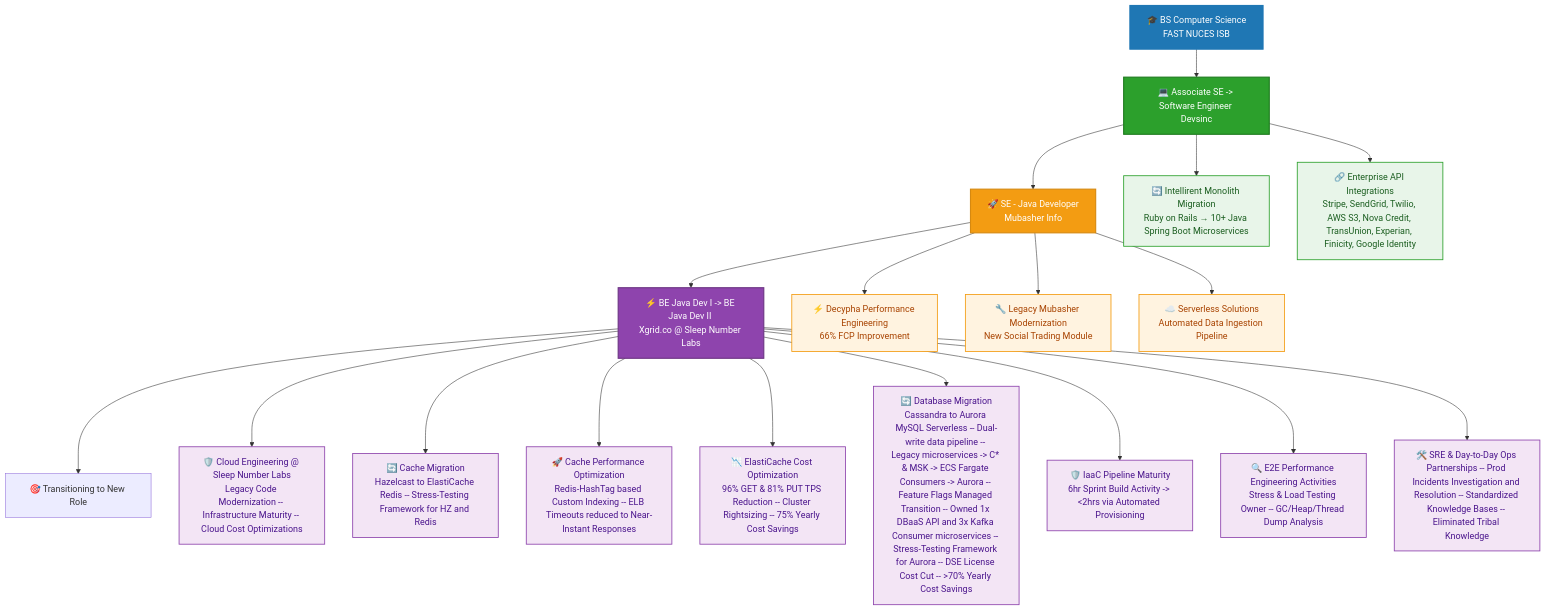
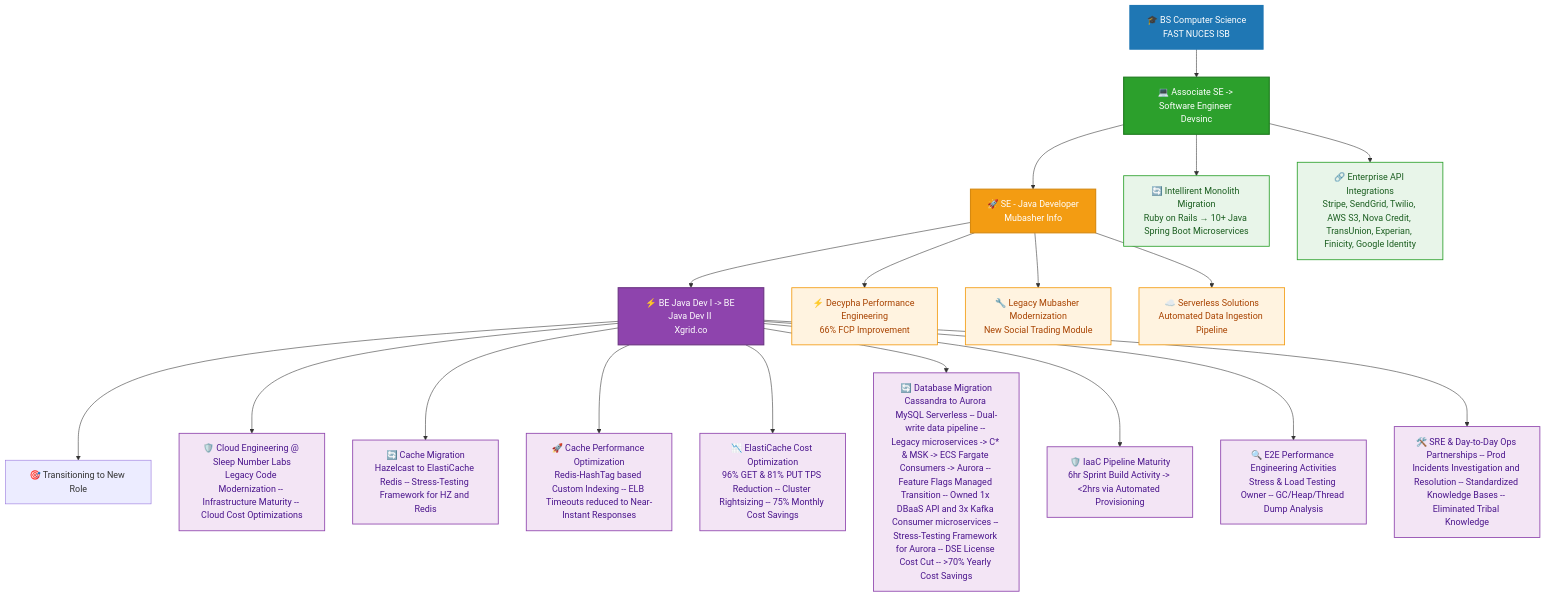
Before and after one commit to khawaja-abdullah/khawaja-abdullah: the diagram in README.md, drawn with Mermaid.

Commit message:
minor updates

````diff
--- a/README.md
+++ b/README.md
@@ -152,52 +152,52 @@
 ```mermaid
 flowchart TD
     A[🎓 BS Computer Science<br/>FAST NUCES ISB] --> B[💻 Associate SE -> Software Engineer <br/>Devsinc]
     B --> C[🚀 SE - Java Developer <br/>Mubasher Info]
-    C --> D[⚡ BE Java Dev I -> BE Java Dev II <br/>Xgrid.co @ Sleep Number Labs]
+    C --> D[⚡ BE Java Dev I -> BE Java Dev II <br/>Xgrid.co]
     D --> E[🎯 Transitioning to New Role]
     
     %% DEVSINC / INTELLIRENT
     B --> B1[🔄 Intellirent Monolith Migration<br/>Ruby on Rails → 10+ Java Spring Boot Microservices]
     B --> B2[🔗 Enterprise API Integrations<br/>Stripe, SendGrid, Twilio, AWS S3, Nova Credit, TransUnion, Experian, Finicity, Google Identity]
     
     %% MUBASHER
     C --> C1[⚡ Decypha Performance Engineering<br/>66% FCP Improvement]
     C --> C2[🔧 Legacy Mubasher Modernization<br/>New Social Trading Module]
     C --> C3[☁️ Serverless Solutions<br/>Automated Data Ingestion Pipeline]
     
     %% XGRID / SLEEP NUMBER
     D --> D1[🛡️ Cloud Engineering @ Sleep Number Labs<br/>Legacy Code Modernization -- Infrastructure Maturity -- Cloud Cost Optimizations]
     D --> D2[🔄 Cache Migration<br/>Hazelcast to ElastiCache Redis -- Stress-Testing Framework for HZ and Redis]
     D --> D3[🚀 Cache Performance Optimization<br/>Redis-HashTag based Custom Indexing -- ELB Timeouts reduced to Near-Instant Responses]
-    D --> D4[📉 ElastiCache Cost Optimization<br/>96% GET & 81% PUT TPS Reduction -- Cluster Rightsizing -- 75% Yearly Cost Savings]
+    D --> D4[📉 ElastiCache Cost Optimization<br/>96% GET & 81% PUT TPS Reduction -- Cluster Rightsizing -- 75% Monthly Cost Savings]
     D --> D5[🔄 Database Migration<br/>Cassandra to Aurora MySQL Serverless -- Dual-write data pipeline -- Legacy microservices -> C* & MSK -> ECS Fargate Consumers -> Aurora -- Feature Flags Managed Transition -- Owned 1x DBaaS API and 3x Kafka Consumer microservices -- Stress-Testing Framework for Aurora -- DSE License Cost Cut -- >70% Yearly Cost Savings]
     D --> D6[🛡️ IaaC Pipeline Maturity<br/>6hr Sprint Build Activity -> <2hrs via Automated Provisioning]
     D --> D7[🔍 E2E Performance Engineering Activities<br/>Stress & Load Testing Owner -- GC/Heap/Thread Dump Analysis]
     D --> D8[🛠️ SRE & Day-to-Day Ops Partnerships -- Prod Incidents Investigation and Resolution -- Standardized Knowledge Bases -- Eliminated Tribal Knowledge]
 
     %% Main Nodes
     style A fill:#1F77B4,stroke:#1F77B4,stroke-width:2px,color:#ffffff
     style B fill:#2CA02C,stroke:#1E7A1E,stroke-width:2px,color:#ffffff
     style C fill:#F39C12,stroke:#D68910,stroke-width:2px,color:#ffffff
     style D fill:#8E44AD,stroke:#6C3483,stroke-width:2px,color:#ffffff
 
     %% Devsinc Nodes
     style B1 fill:#E8F5E9,stroke:#2CA02C,stroke-width:1.5px,color:#1B5E20
     style B2 fill:#E8F5E9,stroke:#2CA02C,stroke-width:1.5px,color:#1B5E20
 
     %% Mubasher Nodes
     style C1 fill:#FFF3E0,stroke:#F39C12,stroke-width:1.5px,color:#A84300
     style C2 fill:#FFF3E0,stroke:#F39C12,stroke-width:1.5px,color:#A84300
     style C3 fill:#FFF3E0,stroke:#F39C12,stroke-width:1.5px,color:#A84300
 
     %% Xgrid Nodes
     style D1 fill:#F3E5F5,stroke:#8E44AD,stroke-width:1.5px,color:#4A148C
     style D2 fill:#F3E5F5,stroke:#8E44AD,stroke-width:1.5px,color:#4A148C
     style D3 fill:#F3E5F5,stroke:#8E44AD,stroke-width:1.5px,color:#4A148C
     style D4 fill:#F3E5F5,stroke:#8E44AD,stroke-width:1.5px,color:#4A148C
     style D5 fill:#F3E5F5,stroke:#8E44AD,stroke-width:1.5px,color:#4A148C
     style D6 fill:#F3E5F5,stroke:#8E44AD,stroke-width:1.5px,color:#4A148C
     style D7 fill:#F3E5F5,stroke:#8E44AD,stroke-width:1.5px,color:#4A148C
     style D8 fill:#F3E5F5,stroke:#8E44AD,stroke-width:1.5px,color:#4A148C
 
 ```
````
